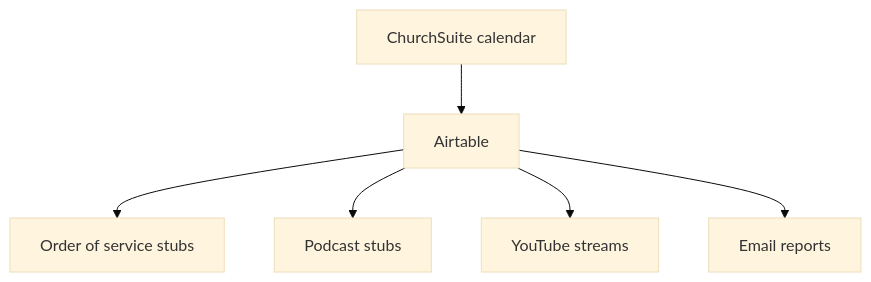
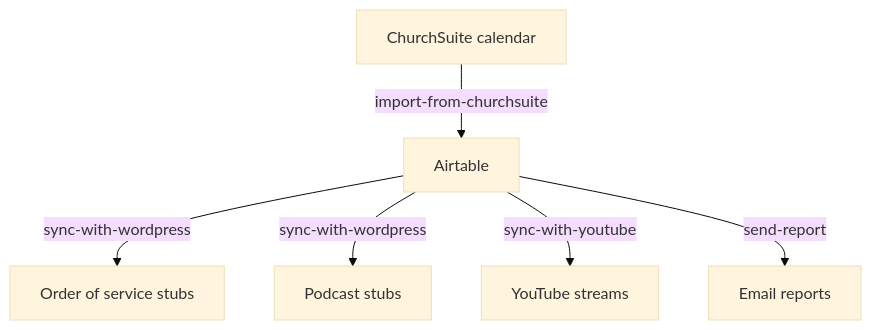
Before and after one commit to whitkirkchurch/streaming-utilities: the diagram in README.md, drawn with Mermaid (base theme).

Commit message:
Update README.md
Adds command labels to the architecture diagram

````diff
--- a/README.md
+++ b/README.md
@@ -9,15 +9,15 @@
 ```mermaid
     graph TD
         CS[ChurchSuite calendar]
         AT[Airtable]
         OOS[Order of service stubs]
         POD[Podcast stubs]
         YT[YouTube streams]
         E[Email reports]
         
-        CS --> AT
-        AT --> OOS
-        AT --> POD
-        AT --> YT
-        AT --> E
+        CS --> |import-from-churchsuite| AT
+        AT --> |sync-with-wordpress| OOS
+        AT --> |sync-with-wordpress| POD
+        AT --> |sync-with-youtube| YT
+        AT --> |send-report| E
 ```
````
